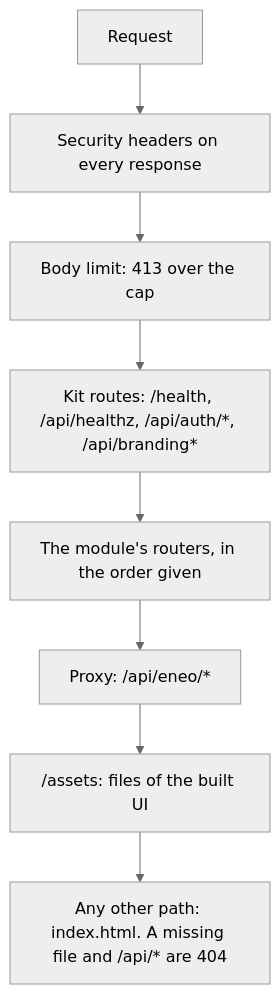
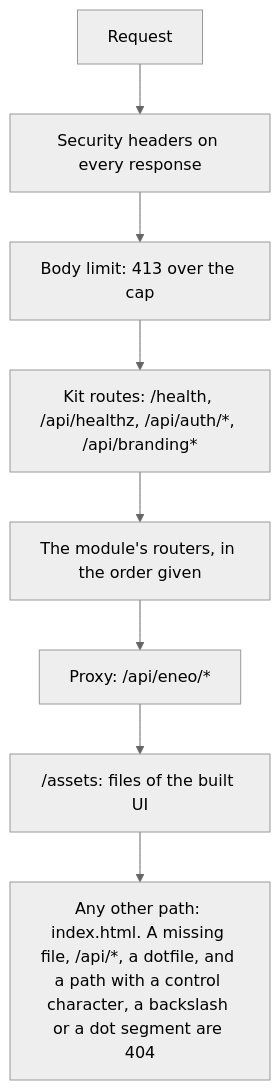
The third of 14 diagrams in docs/architecture.md (eneo-ai/eneo-module-kit), drawn with Mermaid (neutral theme) before and after one commit. The commit also changed 7 other files, not shown here.

First line of the commit message:
fix(bff): a path that names nothing is a 404, never a 500, a dotfile or the page

````diff
--- a/docs/architecture.md
+++ b/docs/architecture.md
@@ -90,10 +90,10 @@
 ```mermaid
 flowchart TB
   req["Request"] --> sec["Security headers on every response"]
   sec --> lim["Body limit: 413 over the cap"]
   lim --> kit["Kit routes: /health, /api/healthz, /api/auth/*, /api/branding*"]
   kit --> own["The module's routers, in the order given"]
   own --> prx["Proxy: /api/eneo/*"]
   prx --> assets["/assets: files of the built UI"]
-  assets --> page["Any other path: index.html. A missing file and /api/* are 404"]
+  assets --> page["Any other path: index.html. A missing file, /api/*, a dotfile, and a path with a control character, a backslash or a dot segment are 404"]
 ```
````
